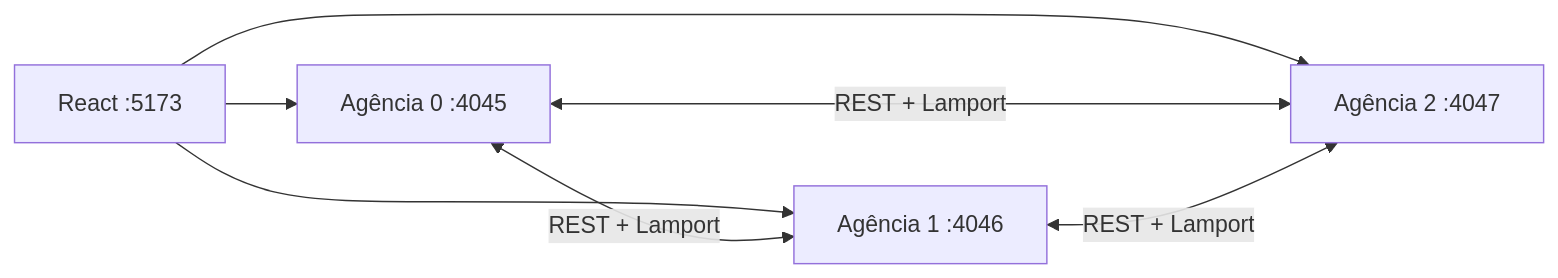
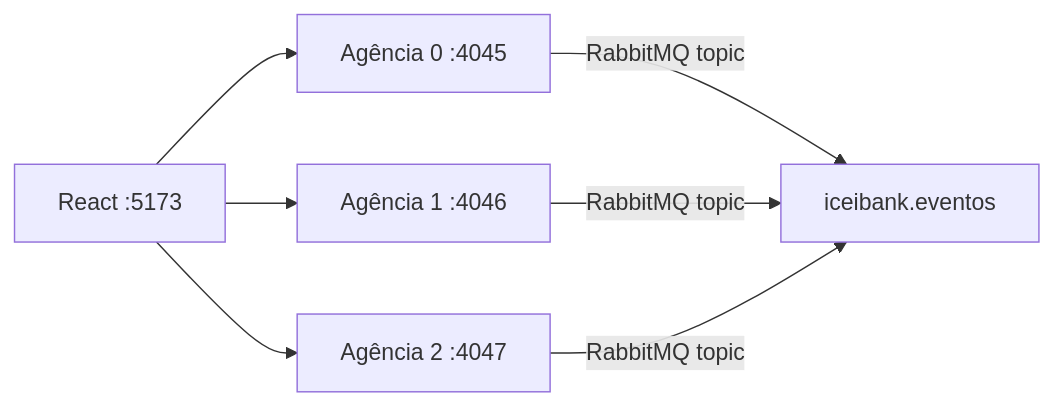
One commit to FelipeParreiras/ICEIBank changed the diagram in README.md. Above: the diagram before and after it, drawn with Mermaid. The commit also changed other lines of this file and 13 other files, not shown here.

````diff
--- a/README.md
+++ b/README.md
@@ -41,9 +50,9 @@
 ```mermaid
 flowchart LR
     R["React :5173"] --> A0["Agência 0 :4045"]
     R --> A1["Agência 1 :4046"]
     R --> A2["Agência 2 :4047"]
-    A0 <-->|"REST + Lamport"| A1
-    A0 <-->|"REST + Lamport"| A2
-    A1 <-->|"REST + Lamport"| A2
+    A0 -->|"RabbitMQ topic"| Q["iceibank.eventos"]
+    A1 -->|"RabbitMQ topic"| Q
+    A2 -->|"RabbitMQ topic"| Q
 ```
````
